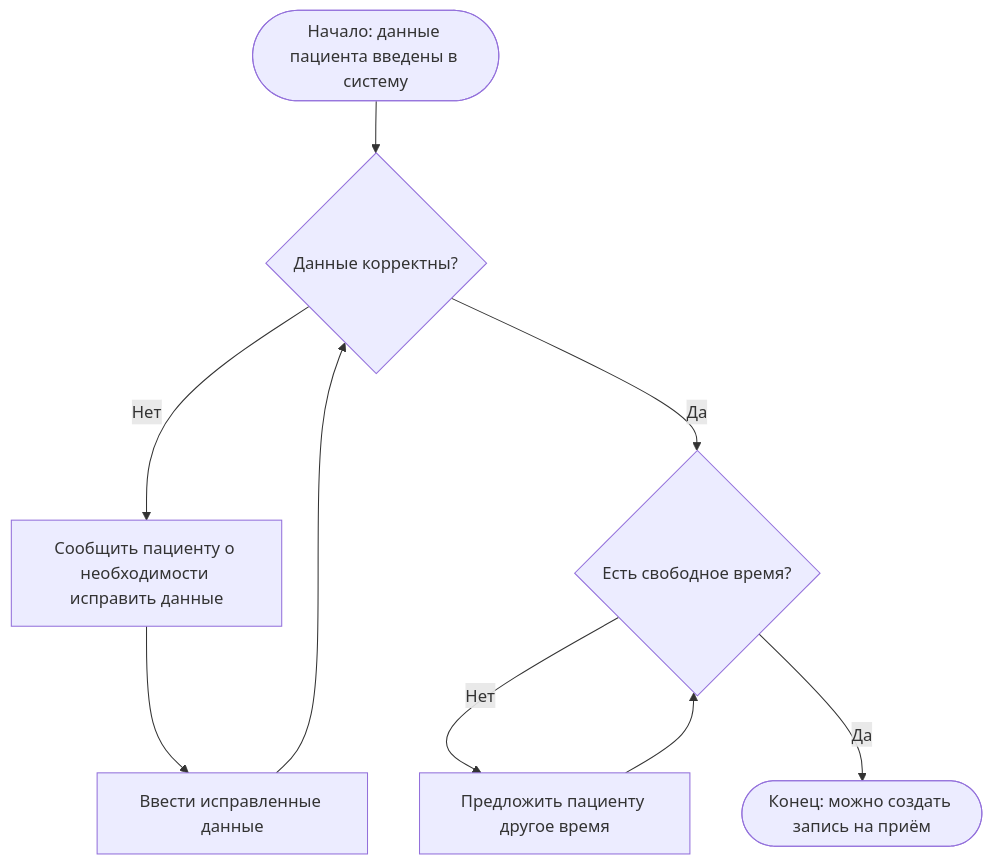
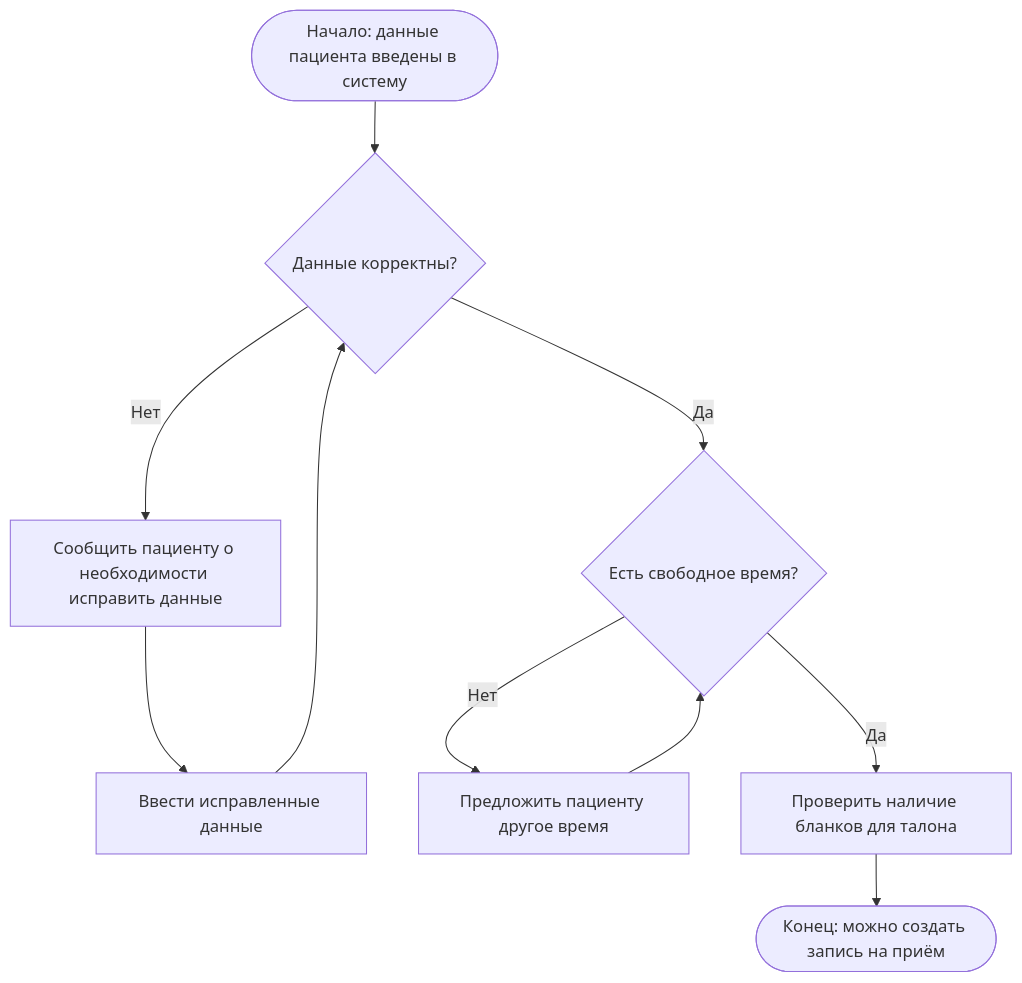
The diagram in lab1/docs/flowchart.md (gvwlwia/visual-programming-labs-Gavrilik), drawn with Mermaid before and after one commit. The commit also changed 3 other files, not shown here.

Commit message:
Update Activity and Mermaid diagrams

````diff
--- a/lab1/docs/flowchart.md
+++ b/lab1/docs/flowchart.md
@@ -5,11 +5,13 @@
 ```mermaid
 flowchart TD
     A([Начало: данные пациента введены в систему]) --> B{Данные корректны?}
     B -- Нет --> C[Сообщить пациенту о необходимости исправить данные]
     C --> D[Ввести исправленные данные]
     D --> B
     B -- Да --> E{Есть свободное время?}
     E -- Нет --> F[Предложить пациенту другое время]
     F --> E
-    E -- Да --> G([Конец: можно создать запись на приём])
+    E -- Да --> H[Проверить наличие бланков для талона]
+    H --> G([Конец: можно создать запись на приём])
+
 ```
````
